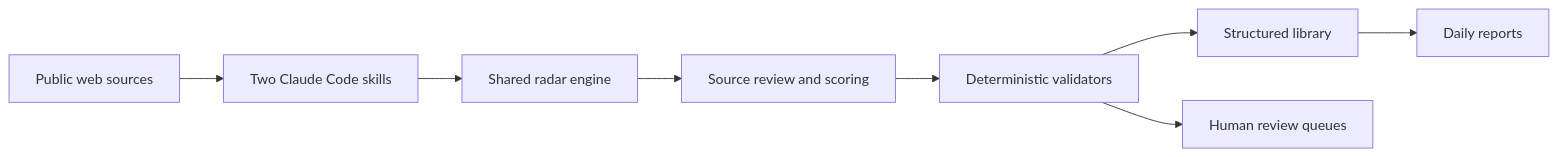
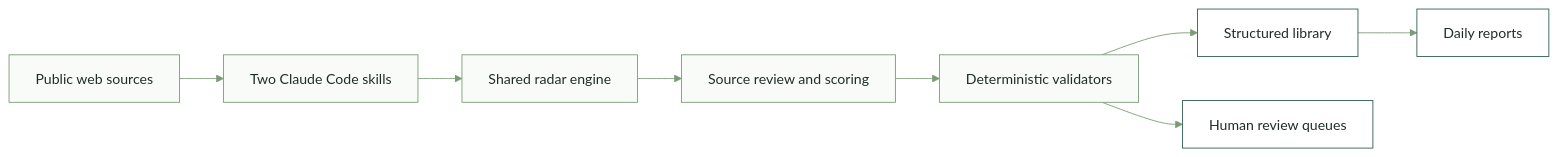
One commit to harryaquije/harryaquije.github.io changed the diagram in ai/index.qmd. Above: the diagram before and after it, drawn with Mermaid. The commit also changed other lines of this file and 1 other file, not shown here.

Commit message:
Polish AI Work section and update GitHub link

````diff
--- a/ai/index.qmd
+++ b/ai/index.qmd
@@ -61,10 +63,15 @@
 ```{mermaid}
+%%{init: {"theme": "base", "themeVariables": {"primaryColor": "#f8fbf7", "primaryTextColor": "#1f2d29", "primaryBorderColor": "#7a9b76", "lineColor": "#7a9b76", "tertiaryColor": "#ffffff", "fontFamily": "Poppins, sans-serif"}}}%%
 flowchart LR
   sources["Public web sources"] --> skills["Two Claude Code skills"]
   skills --> engine["Shared radar engine"]
   engine --> review["Source review and scoring"]
   review --> validators["Deterministic validators"]
   validators --> library["Structured library"]
   validators --> queues["Human review queues"]
   library --> reports["Daily reports"]
+  classDef stage fill:#f8fbf7,stroke:#7a9b76,color:#1f2d29;
+  classDef output fill:#ffffff,stroke:#2f5d50,color:#1f2d29;
+  class sources,skills,engine,review,validators stage;
+  class library,queues,reports output;
 ```
````
